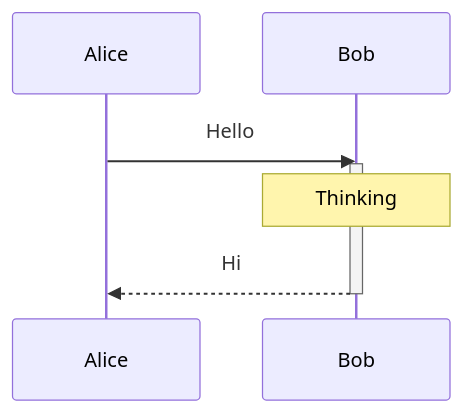
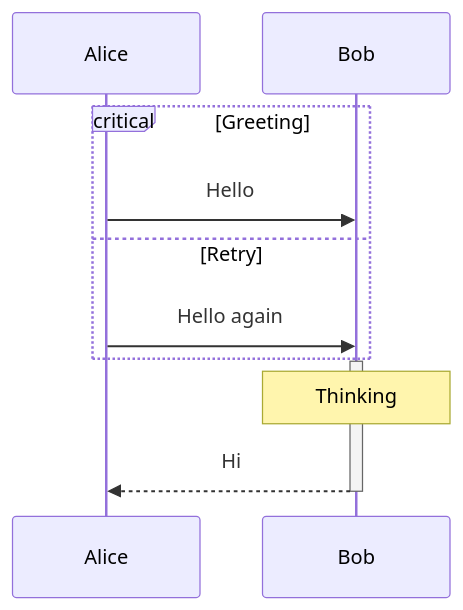
One commit to unexge/mdr changed the second of 2 diagrams in bombadil/fixture.md. Above: the diagram before and after it, drawn with Mermaid. The commit also changed other lines of this file and 8 other files, not shown here.

First line of the commit message:
feat: Expand Mermaid syntax support

````diff
--- a/bombadil/fixture.md
+++ b/bombadil/fixture.md
@@ -53,8 +53,12 @@
 ```mermaid
 sequenceDiagram
-    Alice->>Bob: Hello
+    critical Greeting
+        Alice->>Bob: Hello
+    option Retry
+        Alice->>Bob: Hello again
+    end
     activate Bob
     Note over Bob: Thinking
     Bob-->>Alice: Hi
     deactivate Bob
 ```
````
